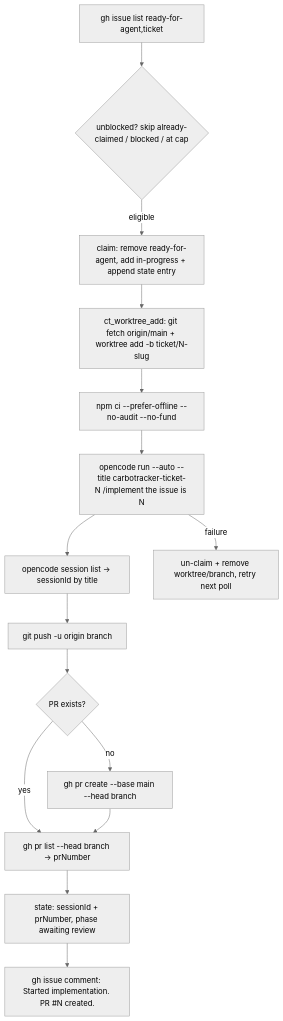
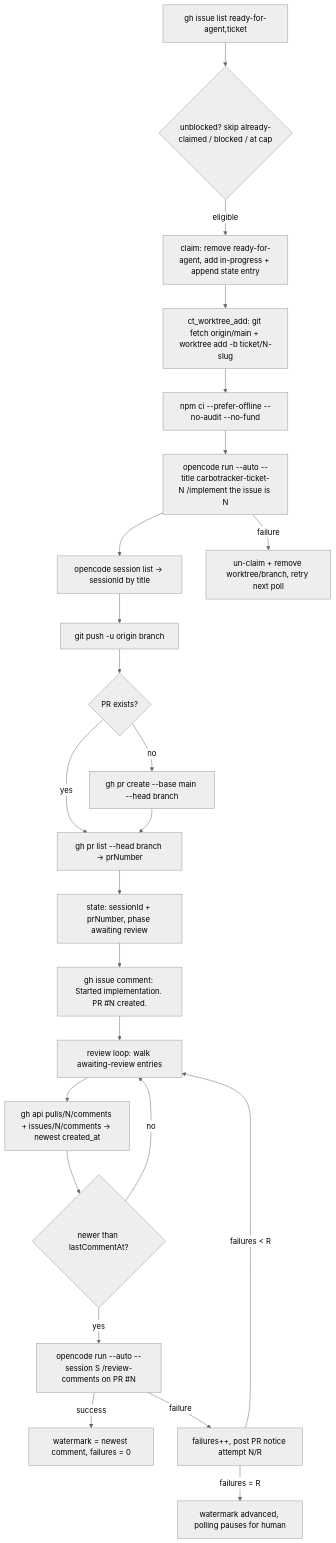
Before and after one commit to bemerkenswert/carbotracker: the second of 2 diagrams in tools/orchestrator.md, drawn with Mermaid (neutral theme). The commit also changed other lines of this file and 3 other files, not shown here.

````diff
--- a/tools/orchestrator.md
+++ b/tools/orchestrator.md
@@ -63,17 +96,26 @@
 ```mermaid
 flowchart TD
     A[gh issue list ready-for-agent,ticket] --> B{unblocked? skip already-claimed / blocked / at cap}
     B -- eligible --> C[claim: remove ready-for-agent, add in-progress + append state entry]
     C --> D[ct_worktree_add: git fetch origin/main + worktree add -b ticket/N-slug]
     D --> E[npm ci --prefer-offline --no-audit --no-fund]
     E --> F[opencode run --auto --title carbotracker-ticket-N /implement the issue is N]
     F --> G[opencode session list → sessionId by title]
     G --> H[git push -u origin branch]
     H --> I{PR exists?}
     I -- no --> J[gh pr create --base main --head branch]
     I -- yes --> K
     J --> K[gh pr list --head branch → prNumber]
     K --> L[state: sessionId + prNumber, phase awaiting review]
     L --> M[gh issue comment: Started implementation. PR #N created.]
     F -- failure --> N[un-claim + remove worktree/branch, retry next poll]
+    M --> O[review loop: walk awaiting-review entries]
+    O --> P[gh api pulls/N/comments + issues/N/comments → newest created_at]
+    P --> Q{newer than lastCommentAt?}
+    Q -- no --> O
+    Q -- yes --> R[opencode run --auto --session S /review-comments on PR #N]
+    R -- success --> S[watermark = newest comment, failures = 0]
+    R -- failure --> T[failures++, post PR notice attempt N/R]
+    T -- failures < R --> O
+    T -- failures = R --> U[watermark advanced, polling pauses for human]
 ```
````
